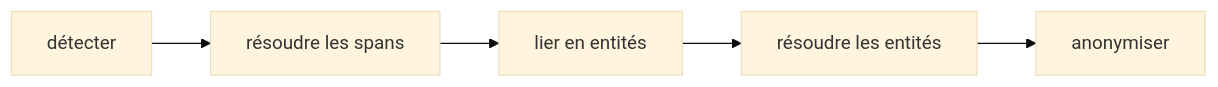
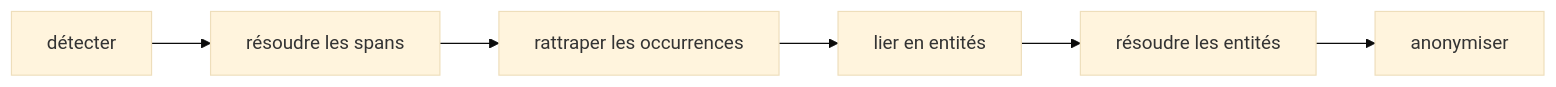
Before and after one commit to Athroniaeth/piighost: the third of 4 diagrams in docs/en/conception.md, drawn with Mermaid (base theme). The commit also changed other lines of this file and 57 other files, not shown here.

````diff
--- a/docs/en/conception.md
+++ b/docs/en/conception.md
@@ -142,4 +152,4 @@
 ```mermaid
 flowchart LR
-    A["détecter"] --> B["résoudre les spans"] --> C["lier en entités"] --> D["résoudre les entités"] --> E["anonymiser"]
+    A["détecter"] --> B["résoudre les spans"] --> C["rattraper les occurrences"] --> D["lier en entités"] --> E["résoudre les entités"] --> F["anonymiser"]
 ```
````
